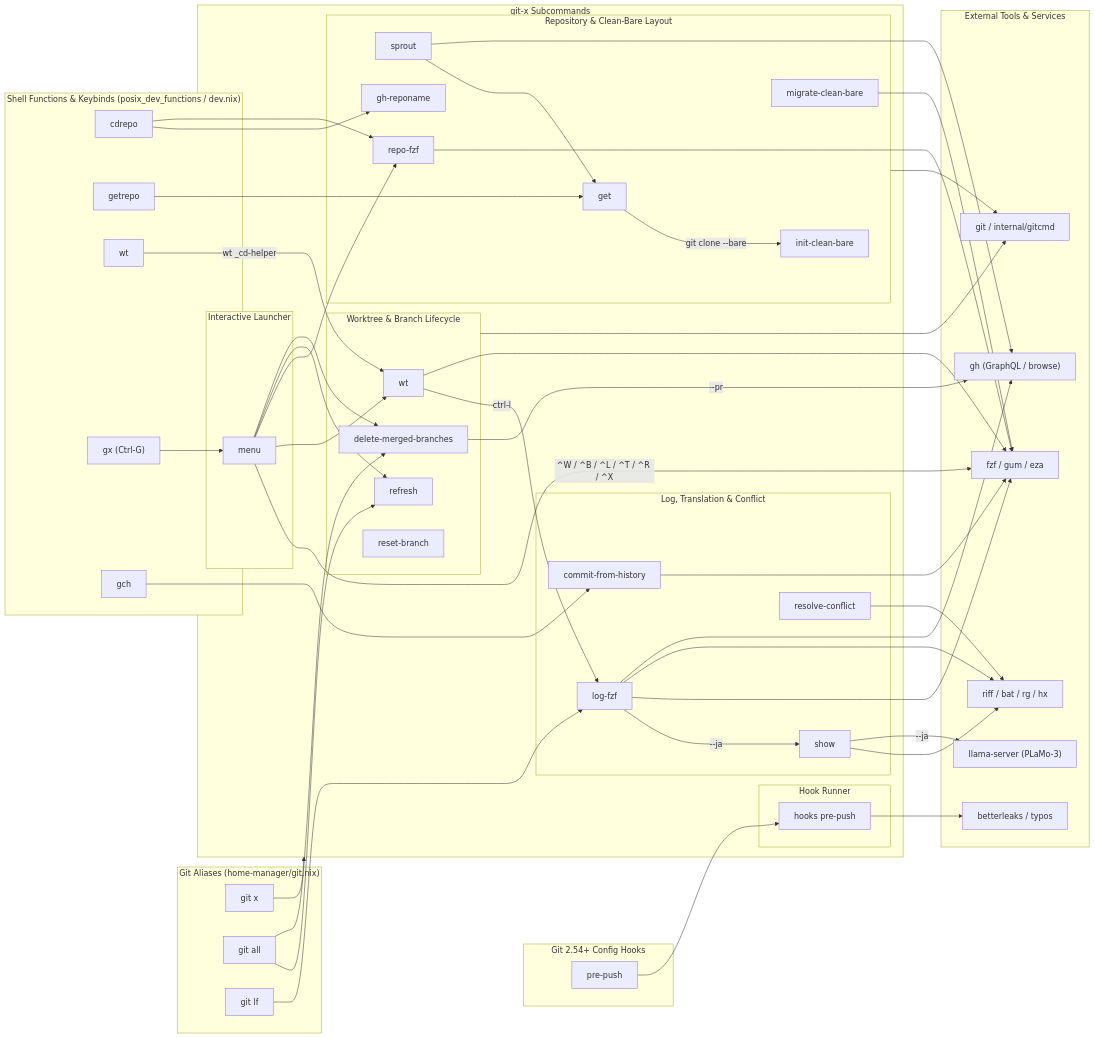
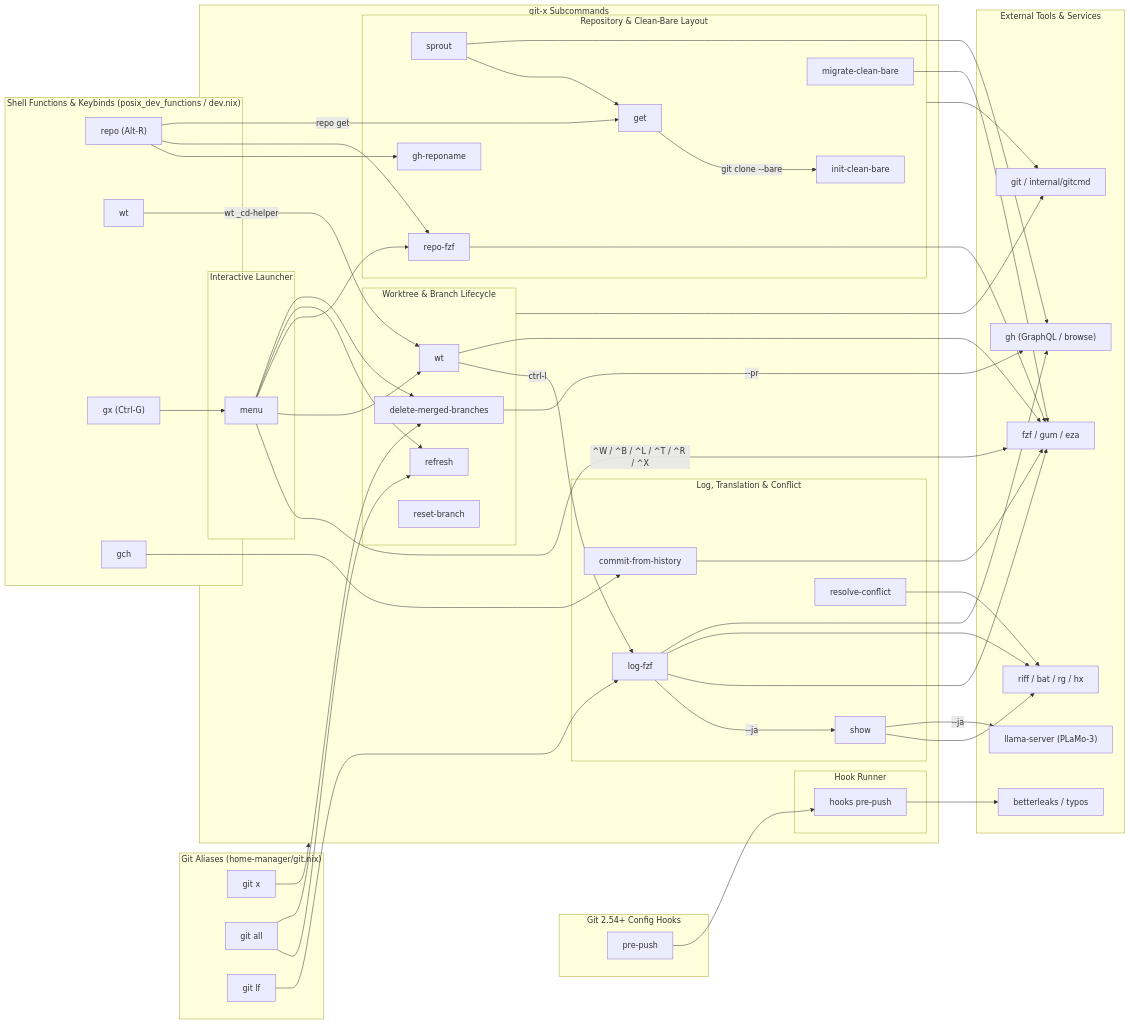
Before and after one commit to kachick/dotfiles: the first of 3 diagrams in pkgs/by-name/gi/git-x/README.md, drawn with Mermaid. The commit also changed other lines of this file and 4 other files, not shown here.

First line of the commit message:
Replace cdrepo and getrepo with repo and Alt-R

````diff
--- a/pkgs/by-name/gi/git-x/README.md
+++ b/pkgs/by-name/gi/git-x/README.md
@@ -7,8 +7,7 @@
 ```mermaid
 flowchart LR
     subgraph Shell ["Shell Functions & Keybinds (posix_dev_functions / dev.nix)"]
-        cdrepo["cdrepo"]
-        getrepo["getrepo"]
+        repo_fn["repo (Alt-R)"]
         wt_fn["wt"]
         gx_fn["gx (Ctrl-G)"]
         gch["gch"]
@@ -66,9 +65,9 @@
         ext_lint["betterleaks / typos"]
     end
 
-    cdrepo --> cmd_reponame
-    cdrepo --> cmd_repofzf
-    getrepo --> cmd_get
+    repo_fn --> cmd_reponame
+    repo_fn --> cmd_repofzf
+    repo_fn -->|"repo get"| cmd_get
     wt_fn -->|"wt _cd-helper"| cmd_wt
     gx_fn --> cmd_menu
     gch --> cmd_hist
````
